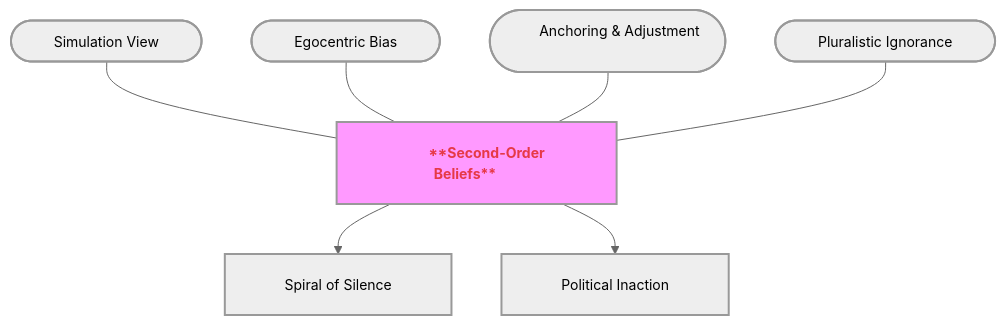
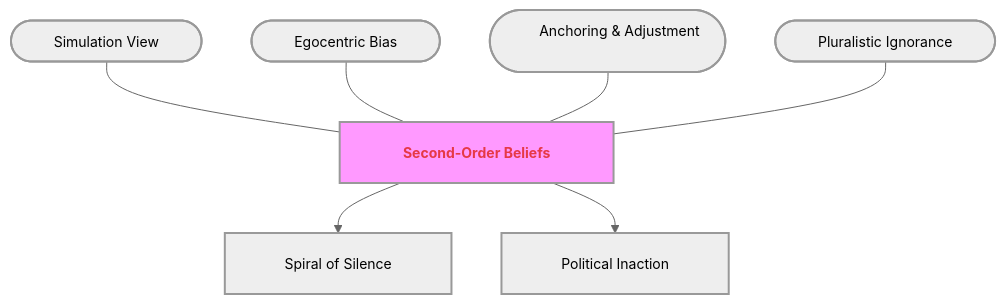
The second of 8 diagrams in Communication_Influence/Mastery_Guide_SOW_BS033.md (GM024/CourseSummaries), drawn with Mermaid before and after one commit. The commit also changed other lines of this file, not shown here.

Commit message:
Fix: Replace MD bold with HTML <b> for Mermaid compatibility

````diff
--- a/Communication_Influence/Mastery_Guide_SOW_BS033.md
+++ b/Communication_Influence/Mastery_Guide_SOW_BS033.md
@@ -68,16 +68,16 @@
 ```mermaid
 %%{init: { 'flowchart': { 'padding': 20, 'nodeSpacing': 50, 'rankSpacing': 50, 'useMaxWidth': false }, 'theme': 'neutral', 'themeVariables': { 'fontSize': '14px' }}}%%
 graph TD
-    Hub["&nbsp;&nbsp;&nbsp;&nbsp;&nbsp;&nbsp; <span style='color:#e63946'>**Second-Order Beliefs**</span> &nbsp;&nbsp;&nbsp;&nbsp;&nbsp;&nbsp;"]:::hubNode
+    Hub["&nbsp;&nbsp;&nbsp;&nbsp;&nbsp;&nbsp; <span style='color:#e63946'><b>Second-Order Beliefs</b></span> &nbsp;&nbsp;&nbsp;&nbsp;&nbsp;&nbsp;"]:::hubNode
     
     S1(["&nbsp;&nbsp;&nbsp;&nbsp;&nbsp;&nbsp; Simulation View &nbsp;&nbsp;&nbsp;&nbsp;&nbsp;&nbsp;"]) --- Hub
     S2(["&nbsp;&nbsp;&nbsp;&nbsp;&nbsp;&nbsp; Egocentric Bias &nbsp;&nbsp;&nbsp;&nbsp;&nbsp;&nbsp;"]) --- Hub
     S3(["&nbsp;&nbsp;&nbsp;&nbsp;&nbsp;&nbsp; Anchoring & Adjustment &nbsp;&nbsp;&nbsp;&nbsp;&nbsp;&nbsp;"]) --- Hub
     S4(["&nbsp;&nbsp;&nbsp;&nbsp;&nbsp;&nbsp; Pluralistic Ignorance &nbsp;&nbsp;&nbsp;&nbsp;&nbsp;&nbsp;"]) --- Hub
     
     Hub --> B1["&nbsp;&nbsp;&nbsp;&nbsp; Spiral of Silence &nbsp;&nbsp;&nbsp;&nbsp;"]
     Hub --> B2["&nbsp;&nbsp;&nbsp;&nbsp; Political Inaction &nbsp;&nbsp;&nbsp;&nbsp;"]
     
     classDef hubNode font-weight:bold,stroke-width:2px,fill:#f9f;
     classDef default stroke-width:2px;
 ```
````
